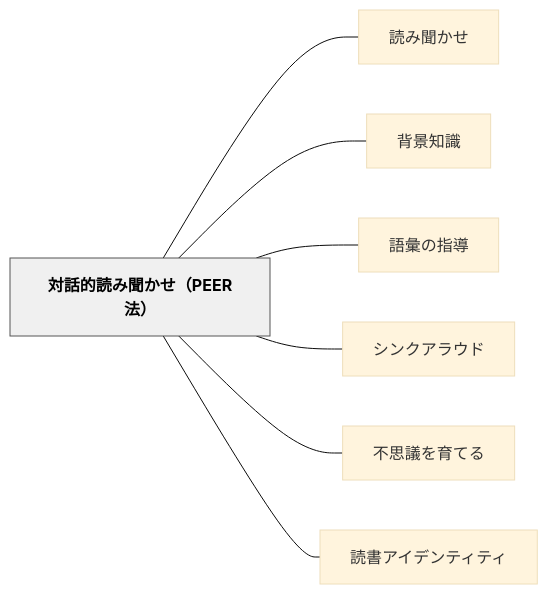
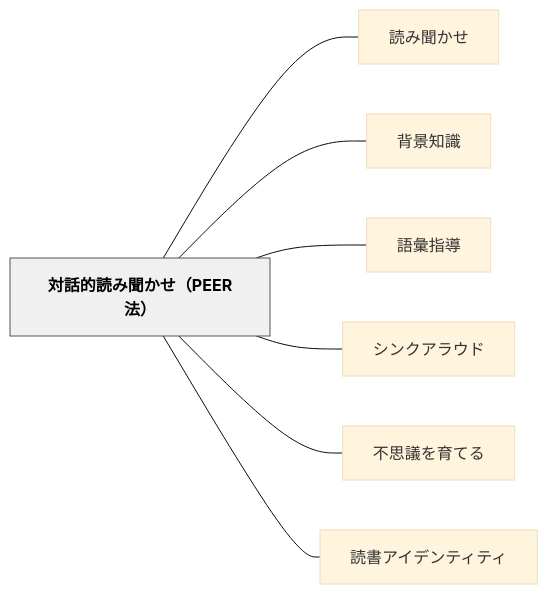
The diagram in content/パタン/対話的読み聞かせ（PEER法）.md (unknownthings-ed-patterns/unknownthings-ed-patterns), drawn with Mermaid (base theme) before and after one commit. The commit also changed other lines of this file and 3 other files, not shown here.

````diff
--- a/content/パタン/対話的読み聞かせ（PEER法）.md
+++ b/content/パタン/対話的読み聞かせ（PEER法）.md
@@ -129,20 +129,20 @@
 ```mermaid
 flowchart LR
     ne5afbee8a9b1e79a84e8aaade381bfe8819ee3818be3819befbc8850454552e6b395efbc89["対話的読み聞かせ（PEER法）"]
     ne8aaade381bfe8819ee3818be3819b["読み聞かせ"]
     ne8838ce699afe79fa5e8ad98["背景知識"]
-    ne8aa9ee5bd99e381aee68c87e5b08e["語彙の指導"]
+    ne8aa9ee5bd99e68c87e5b08e["語彙指導"]
     ne382b7e383b3e382afe382a2e383a9e382a6e38389["シンクアラウド"]
     ne4b88de6809de8adb0e38292e882b2e381a6e3828b["不思議を育てる"]
     ne8aaade69bb8e382a2e382a4e38387e383b3e38386e382a3e38386e382a3["読書アイデンティティ"]
 
     ne5afbee8a9b1e79a84e8aaade381bfe8819ee3818be3819befbc8850454552e6b395efbc89 --- ne8aaade381bfe8819ee3818be3819b
     ne5afbee8a9b1e79a84e8aaade381bfe8819ee3818be3819befbc8850454552e6b395efbc89 --- ne8838ce699afe79fa5e8ad98
-    ne5afbee8a9b1e79a84e8aaade381bfe8819ee3818be3819befbc8850454552e6b395efbc89 --- ne8aa9ee5bd99e381aee68c87e5b08e
+    ne5afbee8a9b1e79a84e8aaade381bfe8819ee3818be3819befbc8850454552e6b395efbc89 --- ne8aa9ee5bd99e68c87e5b08e
     ne5afbee8a9b1e79a84e8aaade381bfe8819ee3818be3819befbc8850454552e6b395efbc89 --- ne382b7e383b3e382afe382a2e383a9e382a6e38389
     ne5afbee8a9b1e79a84e8aaade381bfe8819ee3818be3819befbc8850454552e6b395efbc89 --- ne4b88de6809de8adb0e38292e882b2e381a6e3828b
     ne5afbee8a9b1e79a84e8aaade381bfe8819ee3818be3819befbc8850454552e6b395efbc89 --- ne8aaade69bb8e382a2e382a4e38387e383b3e38386e382a3e38386e382a3
 
     classDef hub fill:#f0f0f0,stroke:#555,color:#000,font-weight:bold
     class ne5afbee8a9b1e79a84e8aaade381bfe8819ee3818be3819befbc8850454552e6b395efbc89 hub
 ```
````
